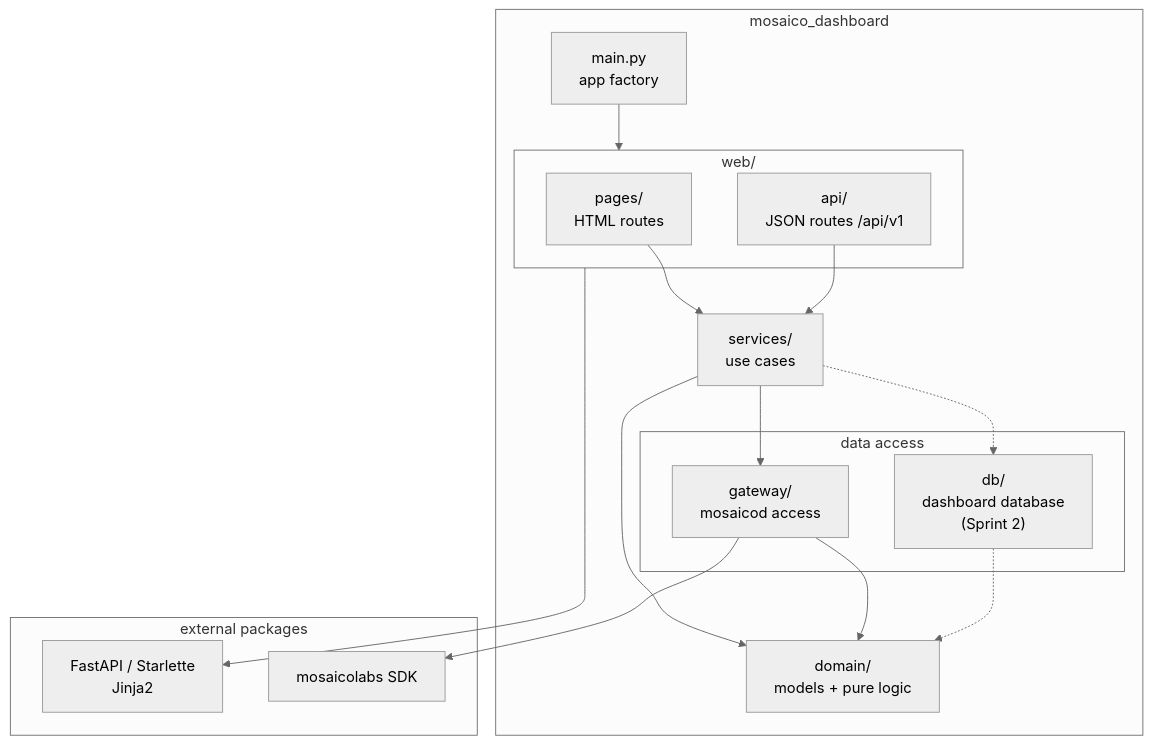
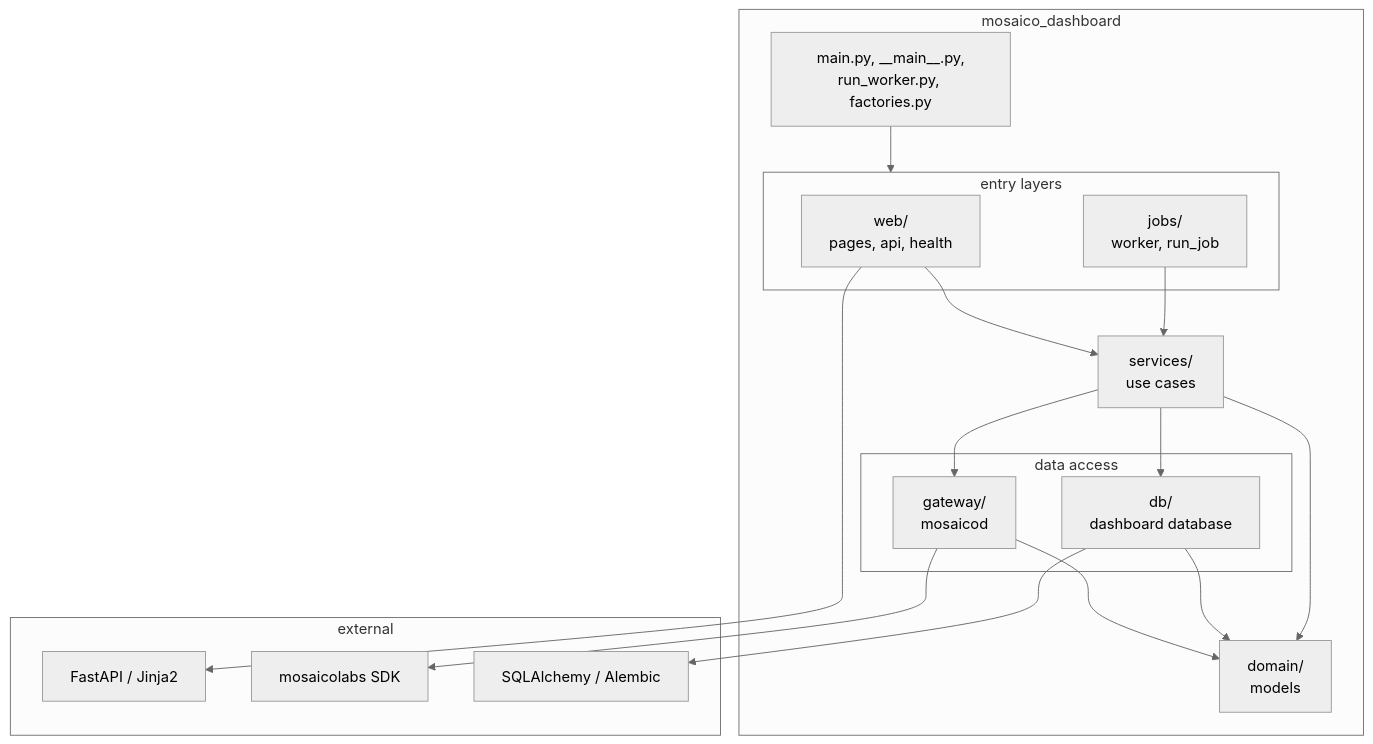
One commit to abhisheknannuri/mosaico changed the sixth of 8 diagrams in mosaico-dashboard/docs/architecture.md. Above: the diagram before and after it, drawn with Mermaid (neutral theme). The commit also changed other lines of this file and 43 other files, not shown here.

````diff
--- a/mosaico-dashboard/docs/architecture.md
+++ b/mosaico-dashboard/docs/architecture.md
@@ -158,36 +226,34 @@
 ```mermaid
 flowchart TB
     subgraph PKG["mosaico_dashboard"]
-        MAIN["main.py<br/>app factory"]
-
-        subgraph WEB["web/"]
-            PAGES["pages/<br/>HTML routes"]
-            APIR["api/<br/>JSON routes /api/v1"]
+        ROOT["main.py, __main__.py,<br/>run_worker.py, factories.py"]
+        subgraph TOP["entry layers"]
+            WEB["web/<br/>pages, api, health"]
+            JOBS["jobs/<br/>worker, run_job"]
         end
-
         SERVICES["services/<br/>use cases"]
-
         subgraph DATA["data access"]
-            GATEWAY["gateway/<br/>mosaicod access"]
-            DB["db/<br/>dashboard database<br/>(Sprint 2)"]
+            GATEWAY["gateway/<br/>mosaicod"]
+            DB["db/<br/>dashboard database"]
         end
-
-        DOMAIN["domain/<br/>models + pure logic"]
+        DOMAIN["domain/<br/>models"]
     end
 
-    subgraph EXT["external packages"]
-        FASTAPI["FastAPI / Starlette<br/>Jinja2"]
+    subgraph EXT["external"]
+        FASTAPI["FastAPI / Jinja2"]
         SDK["mosaicolabs SDK"]
+        SQLA["SQLAlchemy / Alembic"]
     end
 
-    MAIN --> WEB
-    PAGES --> SERVICES
-    APIR --> SERVICES
+    ROOT --> TOP
+    WEB --> SERVICES
+    JOBS --> SERVICES
     SERVICES --> GATEWAY
-    SERVICES -.-> DB
+    SERVICES --> DB
+    GATEWAY --> DOMAIN
+    DB --> DOMAIN
     SERVICES --> DOMAIN
-    GATEWAY --> DOMAIN
-    DB -.-> DOMAIN
     GATEWAY --> SDK
+    DB --> SQLA
     WEB --> FASTAPI
 ```
````
